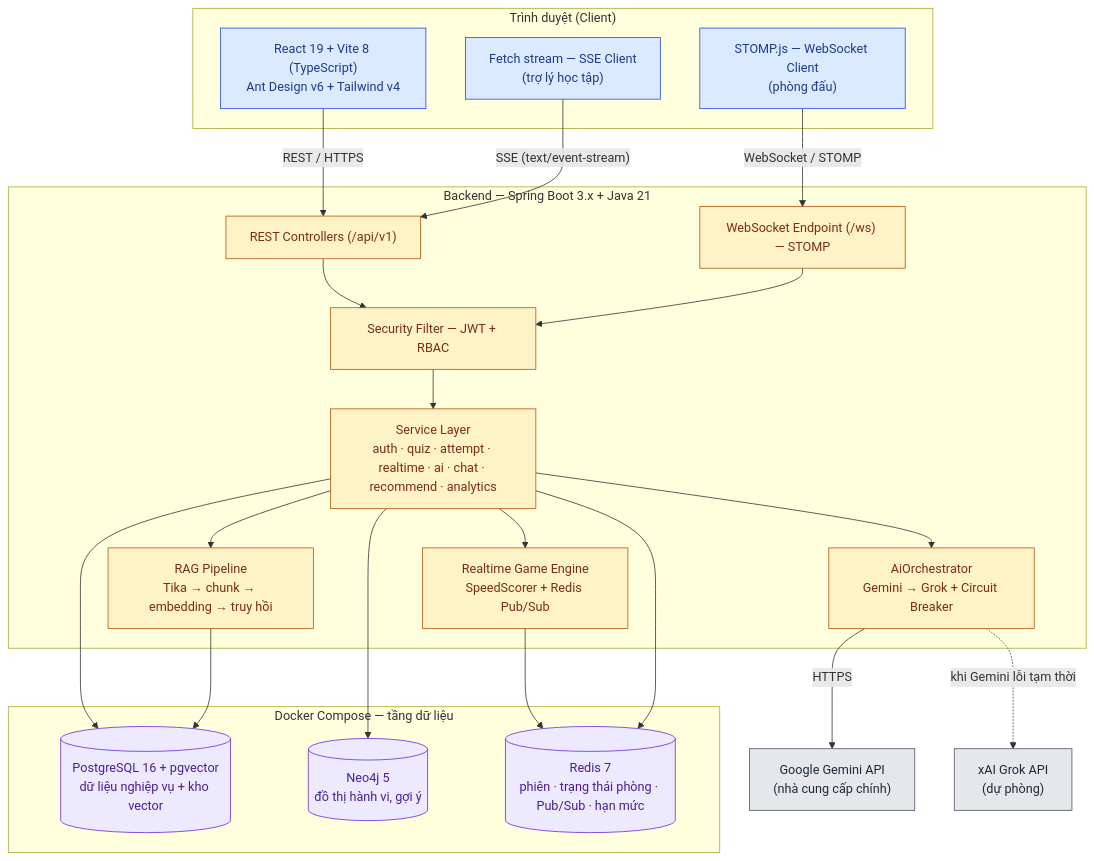
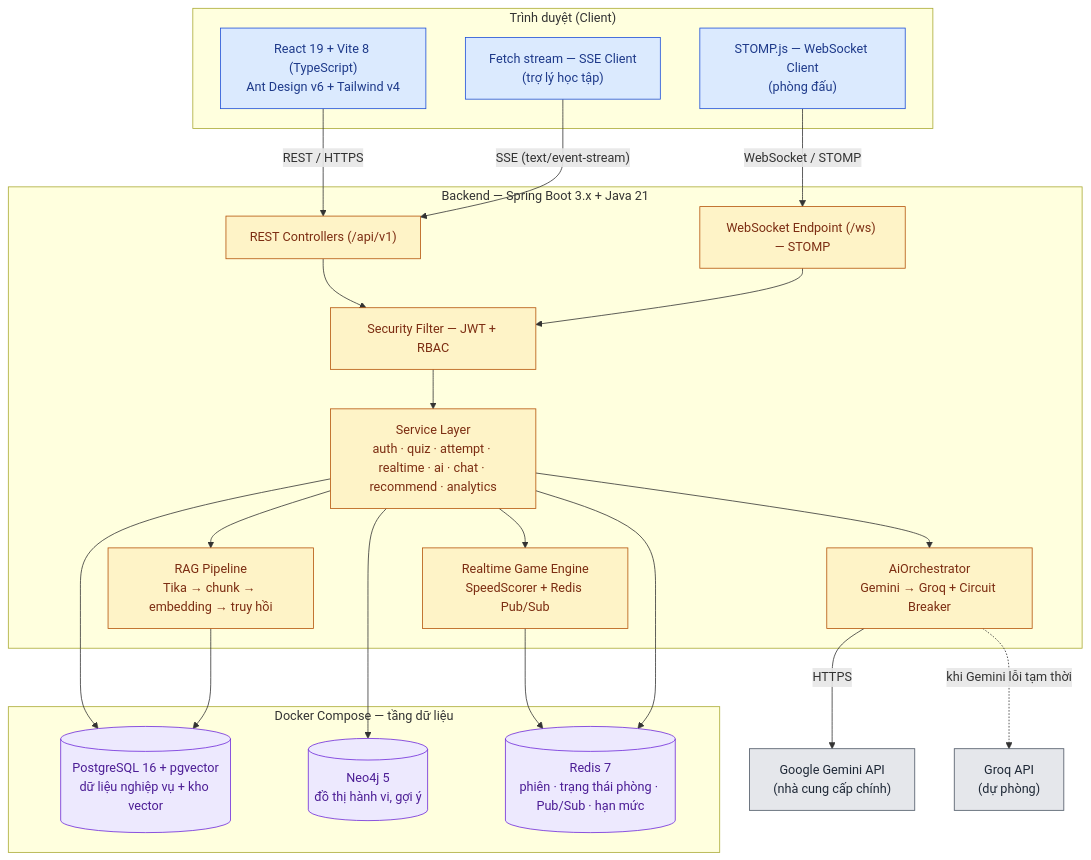
One commit to NguyenDuc2004/QUIZ-TRIVIA changed the diagram in bao-cao-datn/build/diagrams/hinh-1.1.mmd. Above: the diagram before and after it, drawn with Mermaid. The commit also changed 19 other files, not shown here.

```diff
--- a/bao-cao-datn/build/diagrams/hinh-1.1.mmd
+++ b/bao-cao-datn/build/diagrams/hinh-1.1.mmd
@@ -1,47 +1,47 @@
 flowchart TB
   classDef fe fill:#DBEAFE,stroke:#1D4ED8,color:#1E3A8A;
   classDef be fill:#FEF3C7,stroke:#B45309,color:#7C2D12;
   classDef data fill:#EDE9FE,stroke:#6D28D9,color:#4C1D95;
   classDef ext fill:#E5E7EB,stroke:#4B5563,color:#1F2937;
 
   subgraph CLIENT["Trình duyệt (Client)"]
     UI["React 19 + Vite 8 (TypeScript)<br/>Ant Design v6 + Tailwind v4"]:::fe
     WSC["STOMP.js — WebSocket Client<br/>(phòng đấu)"]:::fe
     SSEC["Fetch stream — SSE Client<br/>(trợ lý học tập)"]:::fe
   end
 
   subgraph BACKEND["Backend — Spring Boot 3.x + Java 21"]
     SEC["Security Filter — JWT + RBAC"]:::be
     API["REST Controllers (/api/v1)"]:::be
     WS["WebSocket Endpoint (/ws) — STOMP"]:::be
     SVC["Service Layer<br/>auth · quiz · attempt · realtime · ai · chat · recommend · analytics"]:::be
     RAG["RAG Pipeline<br/>Tika → chunk → embedding → truy hồi"]:::be
-    ORCH["AiOrchestrator<br/>Gemini → Grok + Circuit Breaker"]:::be
+    ORCH["AiOrchestrator<br/>Gemini → Groq + Circuit Breaker"]:::be
     GAME["Realtime Game Engine<br/>SpeedScorer + Redis Pub/Sub"]:::be
   end
 
   subgraph STORE["Docker Compose — tầng dữ liệu"]
     PG[("PostgreSQL 16 + pgvector<br/>dữ liệu nghiệp vụ + kho vector")]:::data
     NEO[("Neo4j 5<br/>đồ thị hành vi, gợi ý")]:::data
     RD[("Redis 7<br/>phiên · trạng thái phòng · Pub/Sub · hạn mức")]:::data
   end
 
   GEM["Google Gemini API<br/>(nhà cung cấp chính)"]:::ext
-  GRK["xAI Grok API<br/>(dự phòng)"]:::ext
+  GRK["Groq API<br/>(dự phòng)"]:::ext
 
   UI -->|"REST / HTTPS"| API
   SSEC -->|"SSE (text/event-stream)"| API
   WSC -->|"WebSocket / STOMP"| WS
   API --> SEC
   WS --> SEC
   SEC --> SVC
   SVC --> RAG
   SVC --> ORCH
   SVC --> GAME
   SVC --> PG
   RAG --> PG
   SVC --> NEO
   GAME --> RD
   SVC --> RD
   ORCH -->|"HTTPS"| GEM
   ORCH -.->|"khi Gemini lỗi tạm thời"| GRK
```
